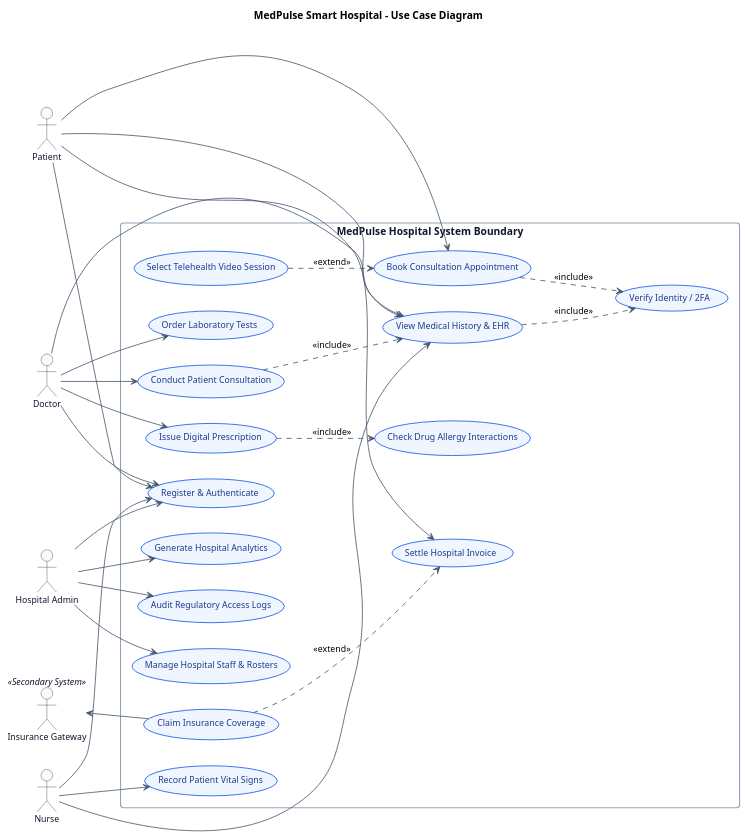
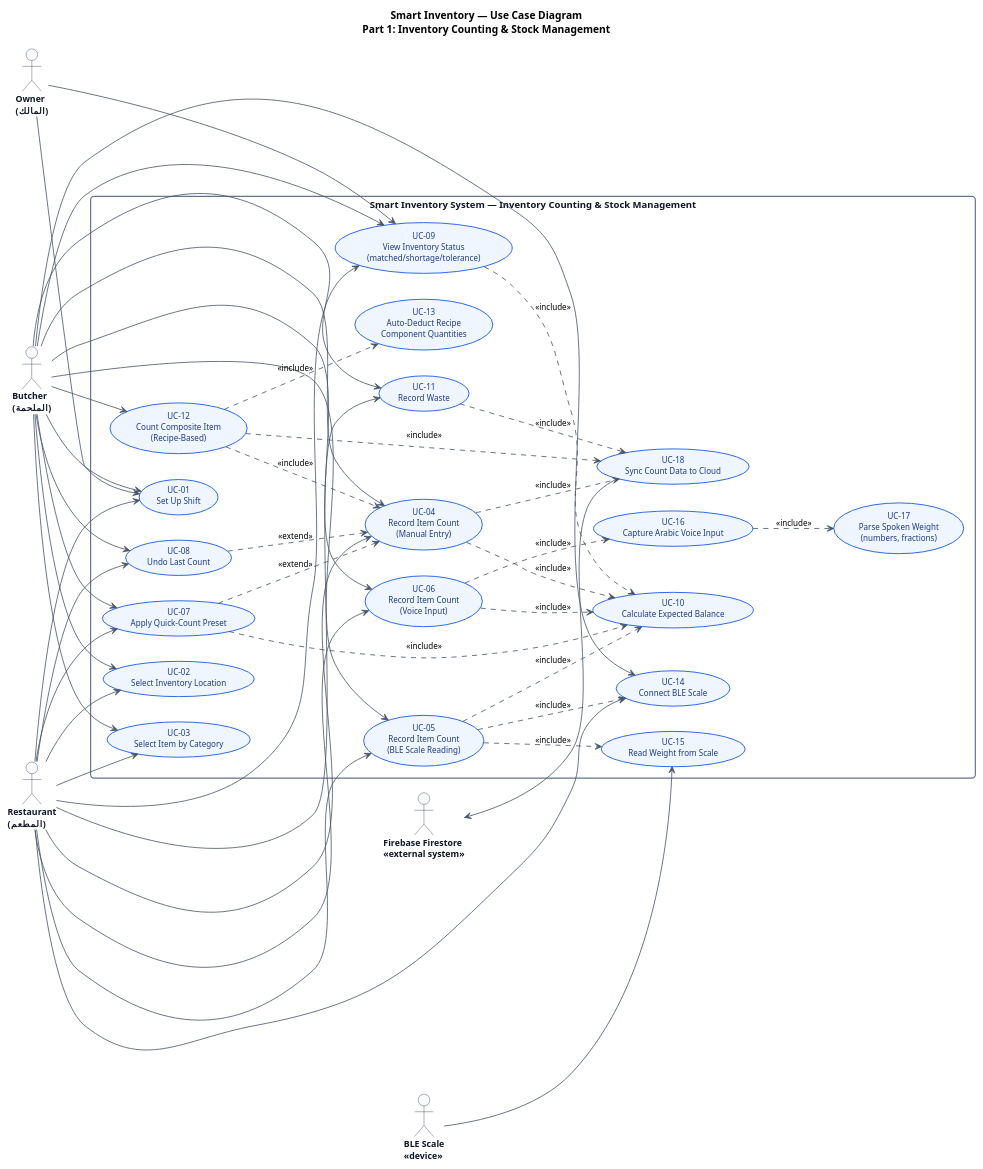
Before and after one commit to OmarHossam666/Smart-Inventory-Movement-and-Counting-System: the diagram in ai-system-diagrams/plantuml/use-case.puml, drawn with PlantUML. The commit also changed 66 other files, not shown here.

Commit message:
docs: add comprehensive system requirements and architecture diagrams with mermaid and plantuml source files

```diff
--- a/ai-system-diagrams/plantuml/use-case.puml
+++ b/ai-system-diagrams/plantuml/use-case.puml
@@ -1,106 +1,149 @@
 @startuml
-' MedPulse Hospital Management System - Use Case Diagram
-' Generated with AI for Advanced Software Engineering
-title MedPulse Smart Hospital - Use Case Diagram
+' Smart Inventory Movement & Counting System
+' Deliverable 2 — Use Case Diagram (Part 1 of 3): Core Inventory & Counting
+' Source: src/App.tsx, src/models.ts, src/features/*, src/data/inventoryDataService.ts
+' UML 2.5 Strict Notation
+
+title Smart Inventory — Use Case Diagram\nPart 1: Inventory Counting & Stock Management
 
 left to right direction
-skinparam packageStyle rectangle
 skinparam shadowing false
-skinparam roundcorner 8
+skinparam roundcorner 10
 skinparam defaultFontName "Segoe UI", "Helvetica", sans-serif
-skinparam defaultFontSize 12
+skinparam defaultFontSize 11
 
-' Color palette: modern slate & ocean blue
 skinparam actor {
     BackgroundColor #F8FAFC
     BorderColor #1E293B
     FontColor #0F172A
+    FontSize 12
+    FontStyle bold
 }
 
 skinparam usecase {
     BackgroundColor #EFF6FF
     BorderColor #2563EB
-    BorderThickness 1.2
+    BorderThickness 1.3
     FontColor #1E3A8A
     ArrowColor #475569
     ArrowThickness 1.1
 }
 
 skinparam rectangle {
     BackgroundColor #FFFFFF
-    BorderColor #94A3B8
-    BorderThickness 1.5
+    BorderColor #64748B
+    BorderThickness 1.6
     FontColor #0F172A
-    FontSize 14
+    FontSize 13
     FontStyle bold
 }
 
-' Actors
-actor "Patient" as patient
-actor "Doctor" as doctor
-actor "Nurse" as nurse
-actor "Hospital Admin" as admin
-actor "Insurance Gateway" as insurance <<Secondary System>>
+' ─── Primary Actors ───────────────────────────────────────────────
+actor "Butcher\n(الملحمة)" as butcher
+actor "Restaurant\n(المطعم)" as restaurant
+actor "Owner\n(المالك)" as owner
 
-rectangle "MedPulse Hospital System Boundary" {
-    
-    ' Patient Use Cases
-    usecase "Register & Authenticate" as UC_Auth
-    usecase "Book Consultation Appointment" as UC_Book
-    usecase "Select Telehealth Video Session" as UC_Telehealth
-    usecase "View Medical History & EHR" as UC_ViewRecords
-    usecase "Settle Hospital Invoice" as UC_PayBill
-    usecase "Claim Insurance Coverage" as UC_InsuranceClaim
-    
-    ' Clinical Use Cases
-    usecase "Conduct Patient Consultation" as UC_Consult
-    usecase "Issue Digital Prescription" as UC_Prescribe
-    usecase "Check Drug Allergy Interactions" as UC_DrugCheck
-    usecase "Order Laboratory Tests" as UC_OrderLab
-    usecase "Record Patient Vital Signs" as UC_Vitals
-    
-    ' Administrative Use Cases
-    usecase "Manage Hospital Staff & Rosters" as UC_ManageStaff
-    usecase "Generate Hospital Analytics" as UC_Analytics
-    usecase "Audit Regulatory Access Logs" as UC_Audit
-    usecase "Verify Identity / 2FA" as UC_MFA
+' ─── Secondary Actors (External Systems / Hardware) ───────────────
+actor "BLE Scale\n<<device>>" as bleScale
+actor "Firebase Firestore\n<<external system>>" as firestore
+
+' ─── System Boundary ──────────────────────────────────────────────
+rectangle "Smart Inventory System — Inventory Counting & Stock Management" {
+
+    ' Shared / Common
+    usecase "UC-01\nSet Up Shift" as UC01
+    usecase "UC-02\nSelect Inventory Location" as UC02
+    usecase "UC-03\nSelect Item by Category" as UC03
+
+    ' Counting
+    usecase "UC-04\nRecord Item Count\n(Manual Entry)" as UC04
+    usecase "UC-05\nRecord Item Count\n(BLE Scale Reading)" as UC05
+    usecase "UC-06\nRecord Item Count\n(Voice Input)" as UC06
+    usecase "UC-07\nApply Quick-Count Preset" as UC07
+    usecase "UC-08\nUndo Last Count" as UC08
+
+    ' Status & Calculation
+    usecase "UC-09\nView Inventory Status\n(matched/shortage/tolerance)" as UC09
+    usecase "UC-10\nCalculate Expected Balance" as UC10
+
+    ' Waste
+    usecase "UC-11\nRecord Waste" as UC11
+
+    ' Composite Items
+    usecase "UC-12\nCount Composite Item\n(Recipe-Based)" as UC12
+    usecase "UC-13\nAuto-Deduct Recipe\nComponent Quantities" as UC13
+
+    ' BLE Scale
+    usecase "UC-14\nConnect BLE Scale" as UC14
+    usecase "UC-15\nRead Weight from Scale" as UC15
+
+    ' Voice
+    usecase "UC-16\nCapture Arabic Voice Input" as UC16
+    usecase "UC-17\nParse Spoken Weight\n(numbers, fractions)" as UC17
+
+    ' Sync
+    usecase "UC-18\nSync Count Data to Cloud" as UC18
 }
 
-' Patient Associations
-patient --> UC_Auth
-patient --> UC_Book
-patient --> UC_ViewRecords
-patient --> UC_PayBill
+' ─── Butcher Associations ─────────────────────────────────────────
+butcher --> UC01
+butcher --> UC02
+butcher --> UC03
+butcher --> UC04
+butcher --> UC05
+butcher --> UC06
+butcher --> UC07
+butcher --> UC08
+butcher --> UC09
+butcher --> UC11
+butcher --> UC12
+butcher --> UC14
 
-' Doctor Associations
-doctor --> UC_Auth
-doctor --> UC_Consult
-doctor --> UC_Prescribe
-doctor --> UC_OrderLab
-doctor --> UC_ViewRecords
+' ─── Restaurant Associations ──────────────────────────────────────
+restaurant --> UC01
+restaurant --> UC02
+restaurant --> UC03
+restaurant --> UC04
+restaurant --> UC05
+restaurant --> UC06
+restaurant --> UC07
+restaurant --> UC08
+restaurant --> UC09
+restaurant --> UC11
+restaurant --> UC14
 
-' Nurse Associations
-nurse --> UC_Auth
-nurse --> UC_Vitals
-nurse --> UC_ViewRecords
+' ─── Owner Associations ───────────────────────────────────────────
+owner --> UC01
+owner --> UC09
 
-' Admin Associations
-admin --> UC_Auth
-admin --> UC_ManageStaff
-admin --> UC_Analytics
-admin --> UC_Audit
+' ─── Secondary Actor Associations ────────────────────────────────
+bleScale --> UC15
+firestore <-- UC18
 
-' Secondary System Associations
-insurance <-- UC_InsuranceClaim
+' ─── <<include>> Relationships ───────────────────────────────────
+' (mandatory sub-behaviors)
+UC04 ..> UC10 : <<include>>
+UC05 ..> UC10 : <<include>>
+UC06 ..> UC10 : <<include>>
+UC07 ..> UC10 : <<include>>
+UC09 ..> UC10 : <<include>>
 
-' Use Case Relationships: <<include>>
-UC_Book ..> UC_MFA : <<include>>
-UC_ViewRecords ..> UC_MFA : <<include>>
-UC_Consult ..> UC_ViewRecords : <<include>>
-UC_Prescribe ..> UC_DrugCheck : <<include>>
+UC05 ..> UC15 : <<include>>
+UC05 ..> UC14 : <<include>>
 
-' Use Case Relationships: <<extend>>
-UC_Telehealth ..> UC_Book : <<extend>>
-UC_InsuranceClaim ..> UC_PayBill : <<extend>>
+UC06 ..> UC16 : <<include>>
+UC16 ..> UC17 : <<include>>
+
+UC12 ..> UC13 : <<include>>
+UC12 ..> UC04 : <<include>>
+
+UC04 ..> UC18 : <<include>>
+UC11 ..> UC18 : <<include>>
+UC12 ..> UC18 : <<include>>
+
+' ─── <<extend>> Relationships ────────────────────────────────────
+' (optional/conditional behaviors)
+UC07 ..> UC04 : <<extend>>
+UC08 ..> UC04 : <<extend>>
 
 @enduml
```
